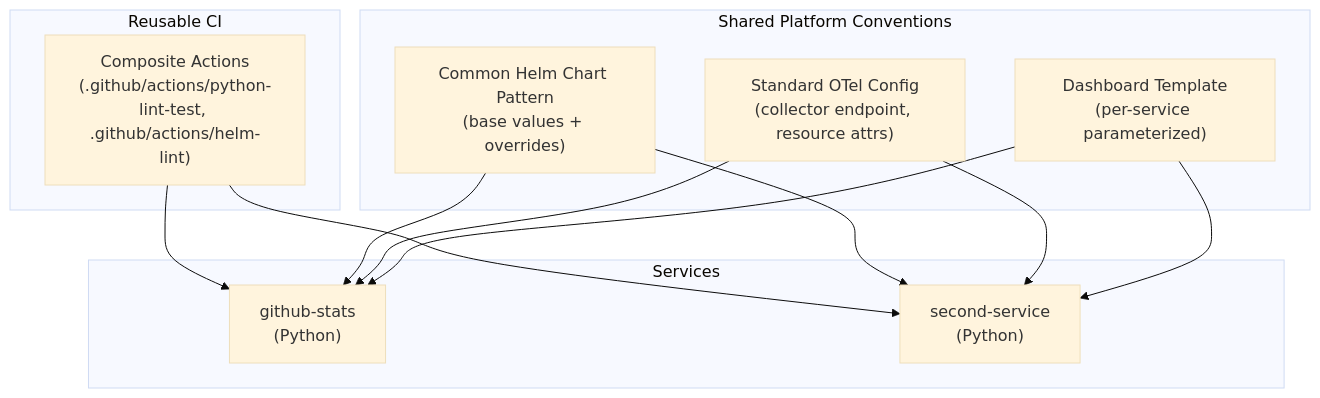
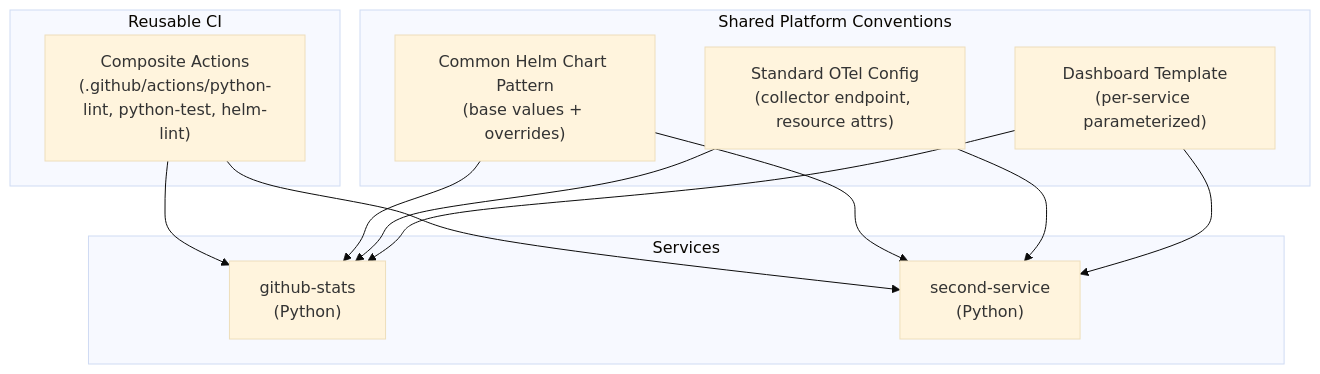
The diagram in docs/architecture/phase-2-golden-path.md (kakhavai/foundry), drawn with Mermaid (base theme) before and after one commit. The commit also changed 4 other files, not shown here.

First line of the commit message:
feat: complete Phase 2 gaps — scripts, dashboard template, fix stale diagram

````diff
--- a/docs/architecture/phase-2-golden-path.md
+++ b/docs/architecture/phase-2-golden-path.md
@@ -11,22 +11,22 @@
 ```mermaid
 graph TD
     subgraph "Reusable CI"
-        SharedWF["Composite Actions\n(.github/actions/python-lint-test, .github/actions/helm-lint)"]
+        SharedWF["Composite Actions\n(.github/actions/python-lint, python-test, helm-lint)"]
     end
 
     subgraph "Services"
         SvcA["github-stats\n(Python)"]
         SvcB["second-service\n(Python)"]
     end
 
     subgraph "Shared Platform Conventions"
         HelmLib["Common Helm Chart Pattern\n(base values + overrides)"]
         OTelStd["Standard OTel Config\n(collector endpoint, resource attrs)"]
         DashTpl["Dashboard Template\n(per-service parameterized)"]
     end
 
     SharedWF --> SvcA & SvcB
     HelmLib --> SvcA & SvcB
     OTelStd --> SvcA & SvcB
     DashTpl --> SvcA & SvcB
 ```
````
